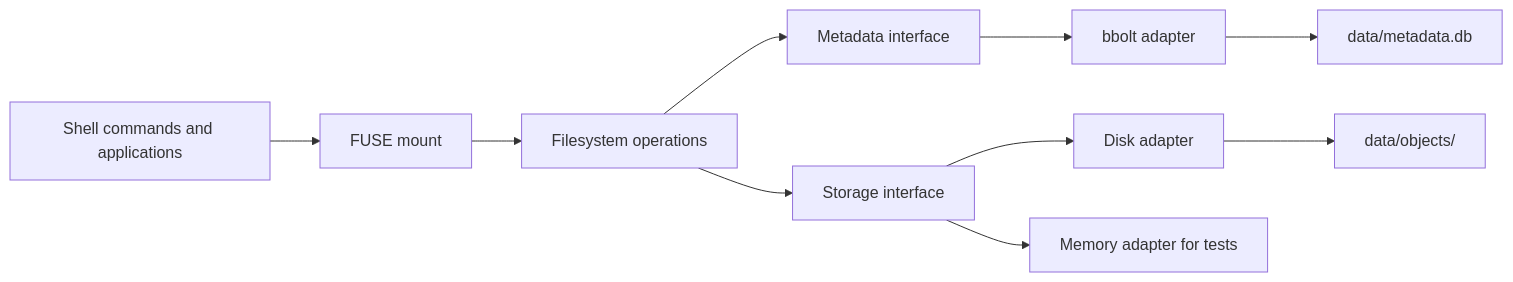
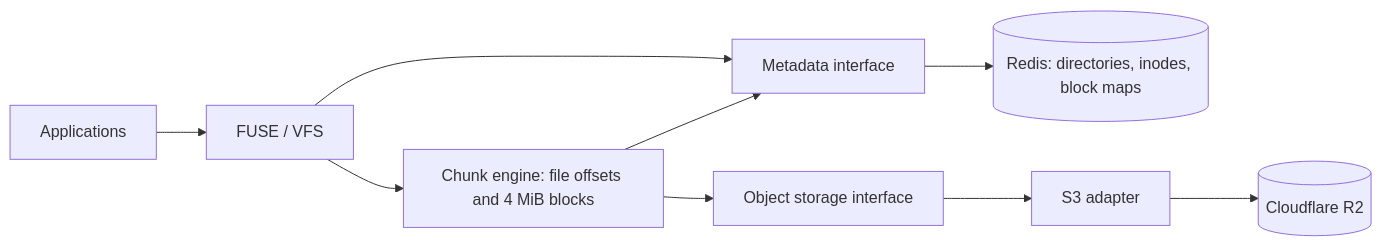
The diagram in README.md (MikeLuu99/ffs), drawn with Mermaid before and after one commit. The commit also changed other lines of this file and 39 other files, not shown here.

````diff
--- a/README.md
+++ b/README.md
@@ -8,12 +7,11 @@
 ```mermaid
 flowchart LR
-    App[Shell commands and applications] --> FUSE[FUSE mount]
-    FUSE --> VFS[Filesystem operations]
-    VFS --> Meta[Metadata interface]
-    VFS --> Store[Storage interface]
-    Meta --> Bolt[bbolt adapter]
-    Store --> Disk[Disk adapter]
-    Store --> Memory[Memory adapter for tests]
-    Bolt --> DB[data/metadata.db]
-    Disk --> Objects[data/objects/]
+    App[Applications] --> FUSE[FUSE / VFS]
+    FUSE --> Meta[Metadata interface]
+    Meta --> Redis[(Redis: directories, inodes, block maps)]
+    FUSE --> Chunk[Chunk engine: file offsets and 4 MiB blocks]
+    Chunk --> Meta
+    Chunk --> Objects[Object storage interface]
+    Objects --> S3[S3 adapter]
+    S3 --> R2[(Cloudflare R2)]
 ```
````
